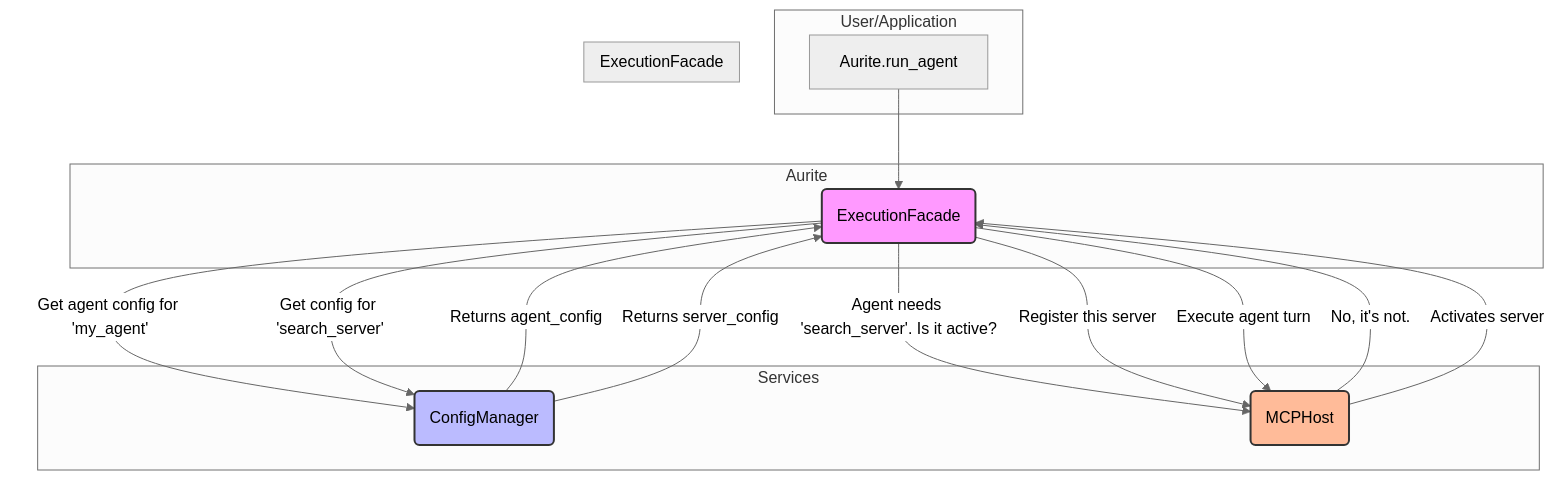
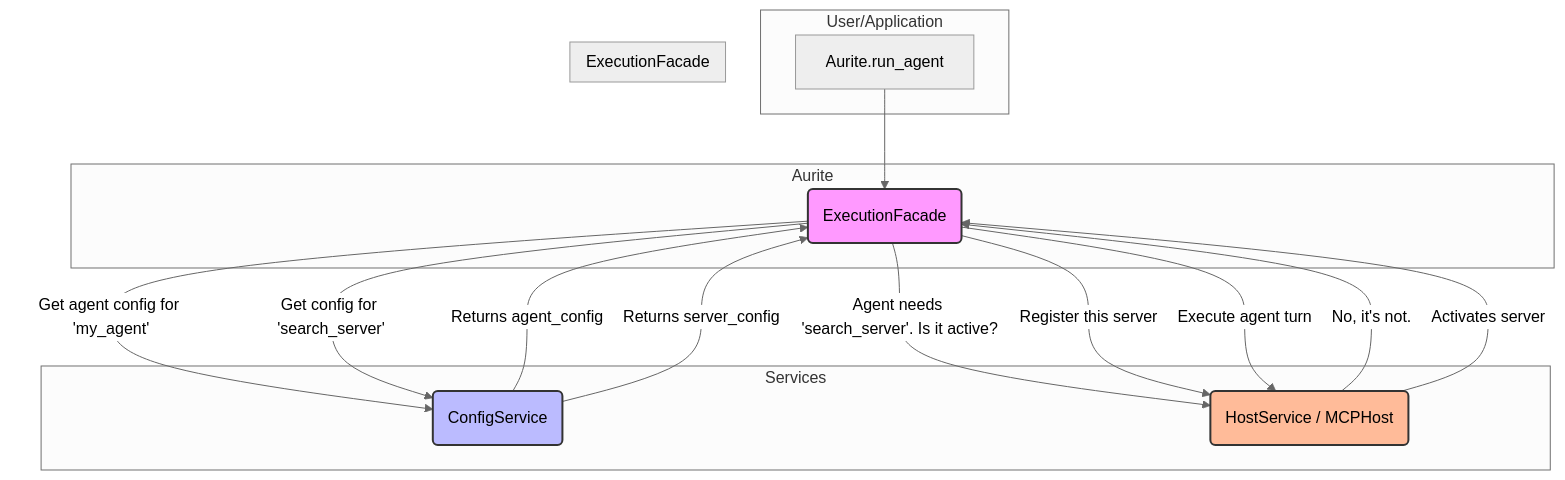
One commit to Aurite-ai/aurite-agents changed the diagram in docs/design/aura_configuration_and_lifecycle.md. Above: the diagram before and after it, drawn with Mermaid (neutral theme). The commit also changed 14 other files, not shown here.

````diff
--- a/docs/design/aura_configuration_and_lifecycle.md
+++ b/docs/design/aura_configuration_and_lifecycle.md
@@ -78,33 +78,33 @@
 ```mermaid
 graph TD
     subgraph User/Application
         A[Aurite.run_agent]
     end
 
     subgraph Aurite
         B(ExecutionFacade)
     end
 
     subgraph Services
-        C(ConfigManager)
-        D(MCPHost)
+        C(ConfigService)
+        D(HostService / MCPHost)
     end
 
     A --> B
 
     subgraph ExecutionFacade
         B -- Get agent config for 'my_agent' --> C
         C -- Returns agent_config --> B
         B -- Agent needs 'search_server'. Is it active? --> D
         D -- No, it's not. --> B
         B -- Get config for 'search_server' --> C
         C -- Returns server_config --> B
         B -- Register this server --> D
         D -- Activates server --> B
         B -- Execute agent turn --> D
     end
 
     style B fill:#f9f,stroke:#333,stroke-width:2px
     style C fill:#bbf,stroke:#333,stroke-width:2px
     style D fill:#fb9,stroke:#333,stroke-width:2px
 ```
````
